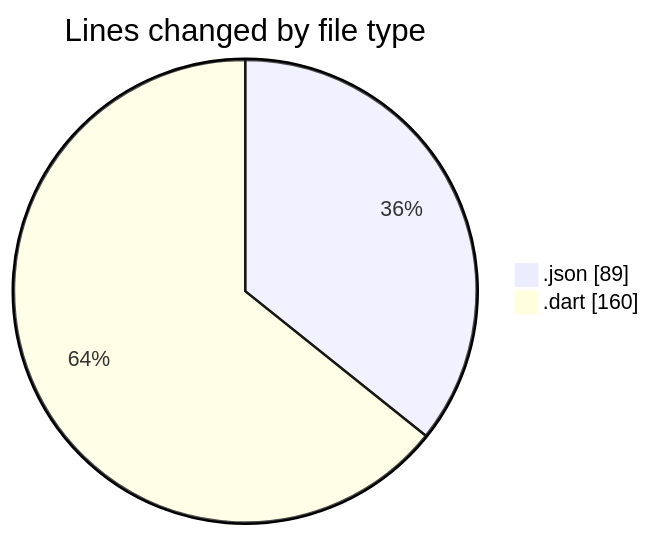
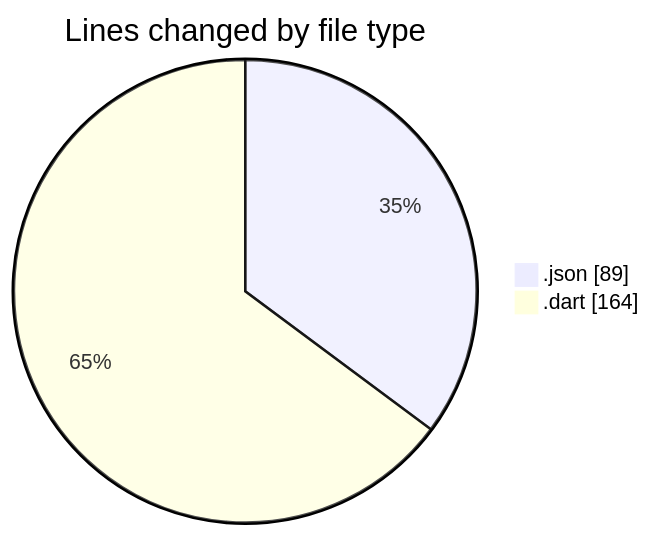
Before and after one commit to donsfak/code-tracking: the first of 2 diagrams in 2025-01-08/maps_clone/README.md, drawn with Mermaid. The commit also changed other lines of this file and 1 other file, not shown here.

````diff
--- a/2025-01-08/maps_clone/README.md
+++ b/2025-01-08/maps_clone/README.md
@@ -21,6 +21,6 @@
 ```mermaid
 pie showData
 title Lines changed by file type
 ".json" : 89
-".dart" : 160
+".dart" : 164
 ```
````
